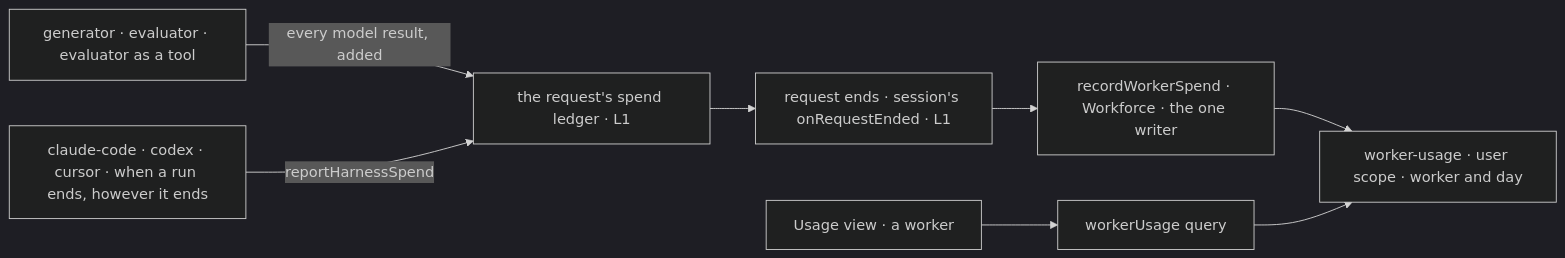
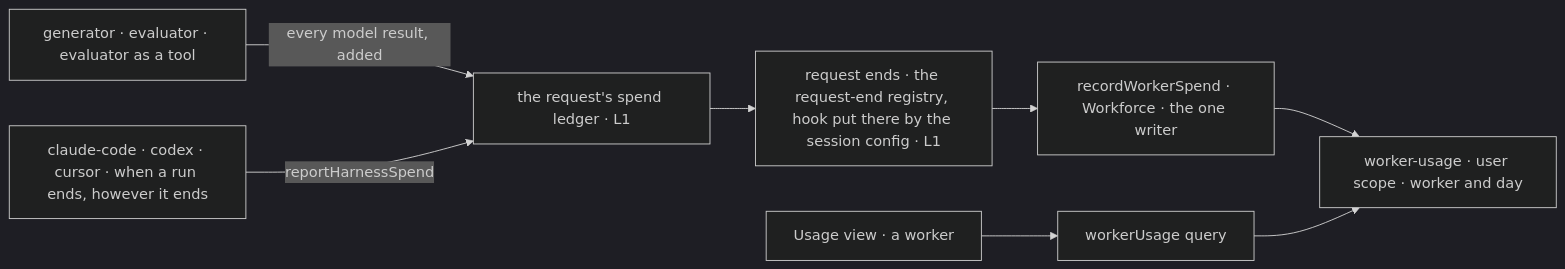
One commit to fixpoint-labs/flow-state-dev changed the second of 2 diagrams in specs/issues/FIX-2145/SPEC.md. Above: the diagram before and after it, drawn with Mermaid (dark theme). The commit also changed other lines of this file and 2 other files, not shown here.

First line of the commit message:
spec(FIX-2145): worker writer is a hook on the existing request-end registry

````diff
--- a/specs/issues/FIX-2145/SPEC.md
+++ b/specs/issues/FIX-2145/SPEC.md
@@ -103,10 +103,10 @@
 ```mermaid
 flowchart LR
   G["generator · evaluator · evaluator as a tool"] -->|"every model result, added"| L["the request's spend ledger · L1"]
   H["claude-code · codex · cursor · when a run ends, however it ends"] -->|"reportHarnessSpend"| L
-  L --> E["request ends · session's onRequestEnded · L1"]
+  L --> E["request ends · the request-end registry, hook put there by the session config · L1"]
   E --> W["recordWorkerSpend · Workforce · the one writer"]
   W --> C["worker-usage · user scope · worker and day"]
   Q["workerUsage query"] --> C
   V["Usage view · a worker"] --> Q
 ```
````
